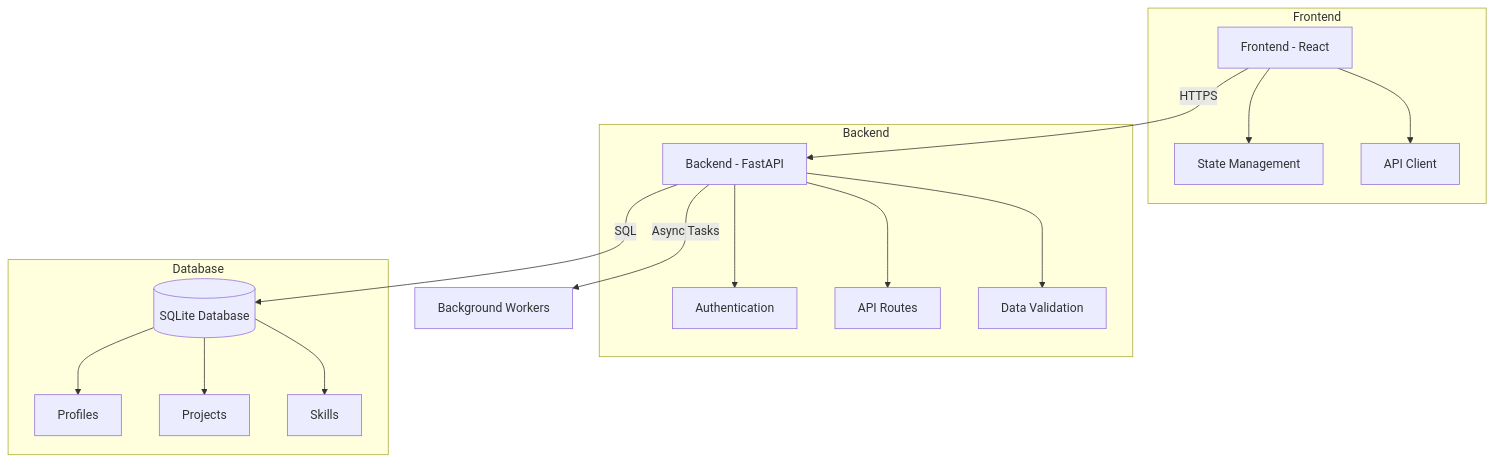
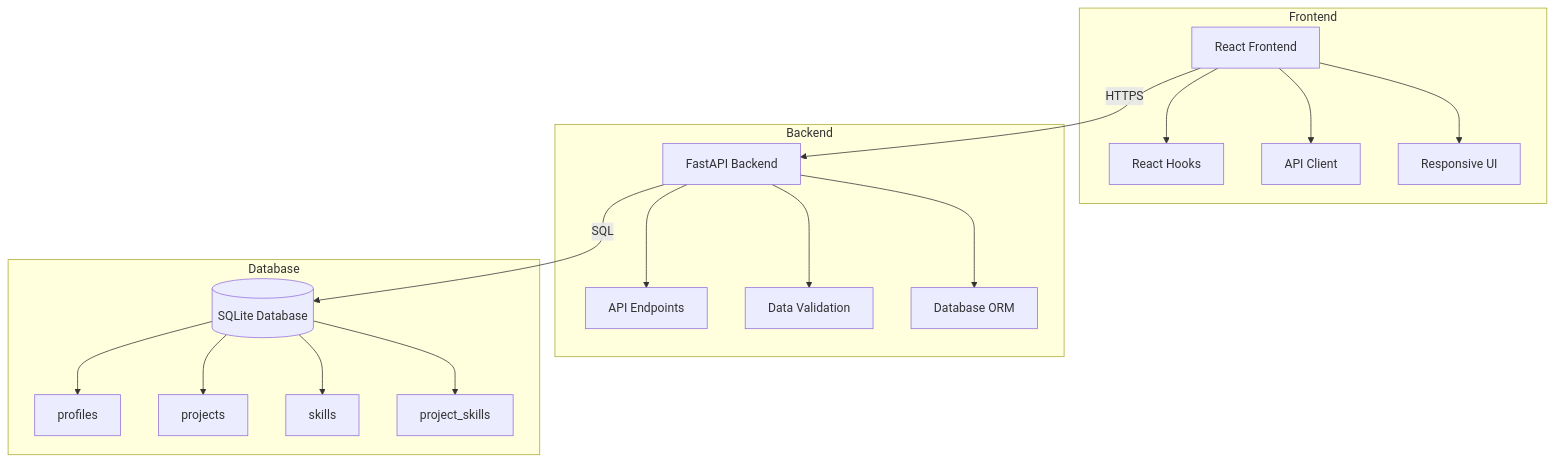
The first of 2 diagrams in me-api-playground/README.md (IshuRaj441/api-jd), drawn with Mermaid before and after one commit. The commit also changed other lines of this file and 9 other files, not shown here.

````diff
--- a/me-api-playground/README.md
+++ b/me-api-playground/README.md
@@ -15,23 +21,24 @@
 ```mermaid
 graph TD
-    A[Frontend - React] -->|HTTPS| B[Backend - FastAPI]
+    A[React Frontend] -->|HTTPS| B[FastAPI Backend]
     B -->|SQL| C[(SQLite Database)]
-    B -->|Async Tasks| D[Background Workers]
     
     subgraph Frontend
-    A --> E[State Management]
-    A --> F[API Client]
+    A --> D[React Hooks]
+    A --> E[API Client]
+    A --> F[Responsive UI]
     end
     
     subgraph Backend
-    B --> G[Authentication]
-    B --> H[API Routes]
-    B --> I[Data Validation]
+    B --> G[API Endpoints]
+    B --> H[Data Validation]
+    B --> I[Database ORM]
     end
     
     subgraph Database
-    C --> J[Profiles]
-    C --> K[Projects]
-    C --> L[Skills]
+    C --> J[profiles]
+    C --> K[projects]
+    C --> L[skills]
+    C --> M[project_skills]
     end
 ```
````
